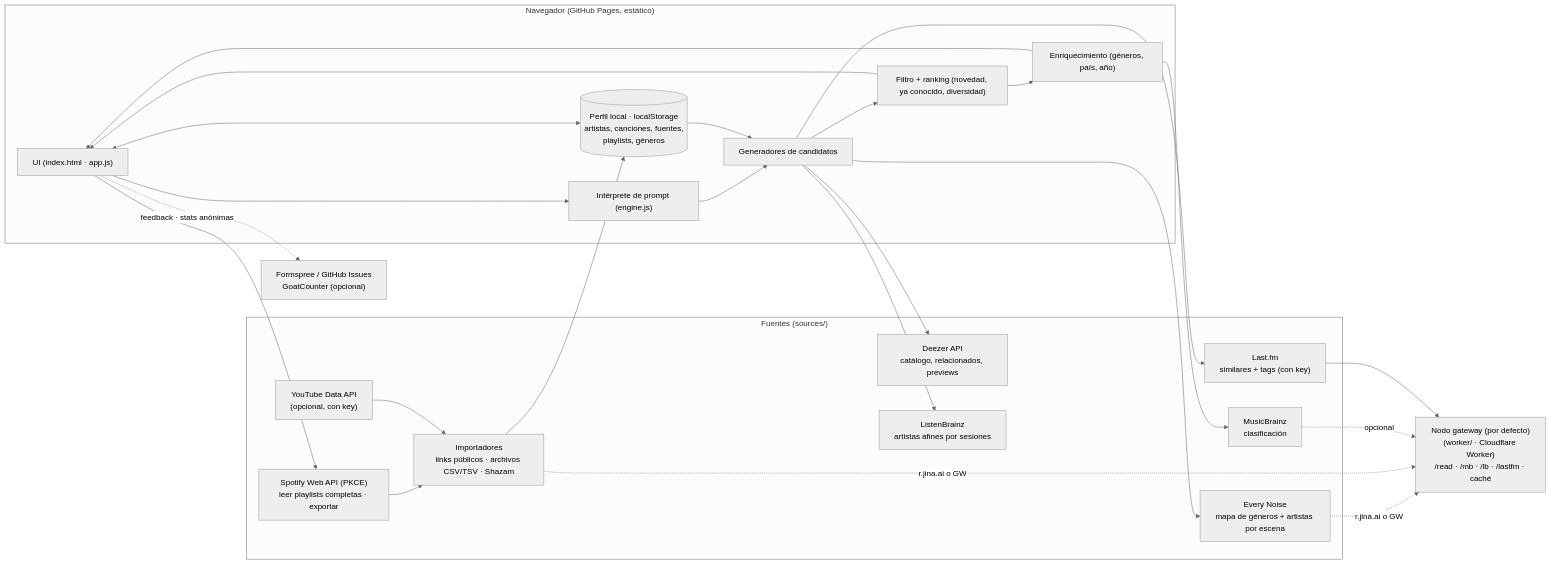
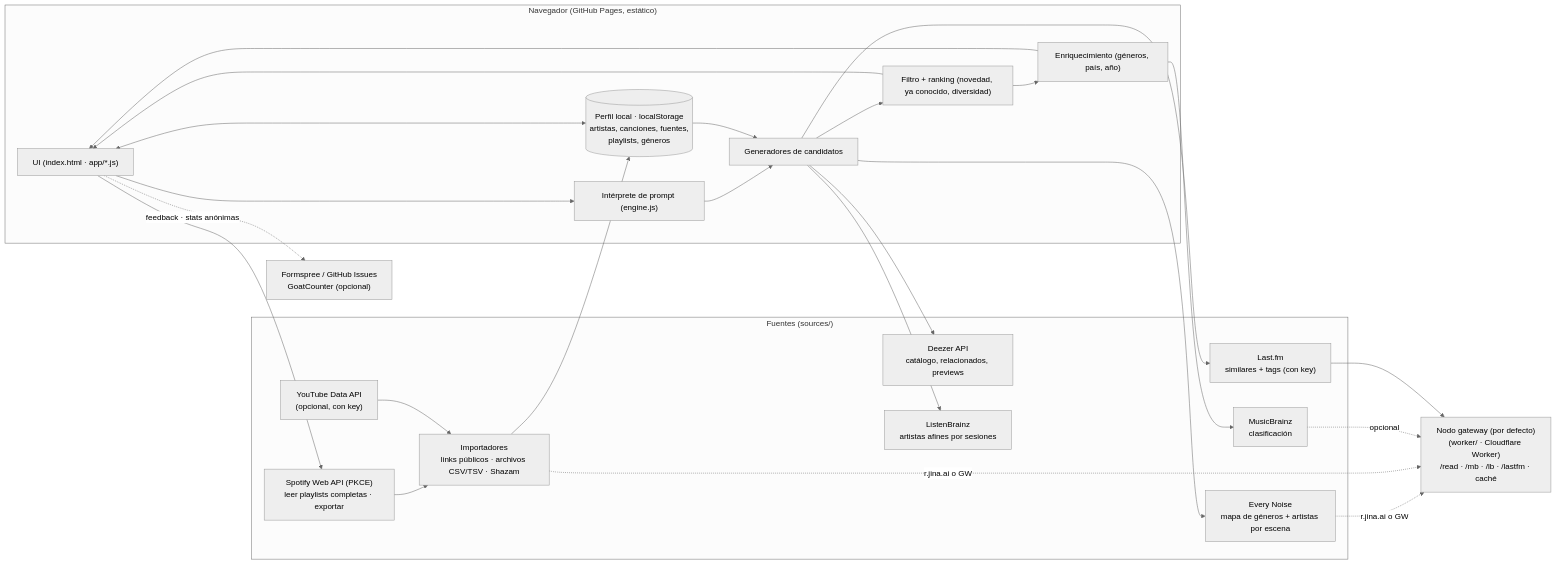
One commit to isaachanono/orbita-musica changed the diagram in ARCHITECTURE.md. Above: the diagram before and after it, drawn with Mermaid (neutral theme). The commit also changed other lines of this file and 11 other files, not shown here.

````diff
--- a/ARCHITECTURE.md
+++ b/ARCHITECTURE.md
@@ -3,37 +3,37 @@
 ```mermaid
 flowchart LR
   subgraph Browser["Navegador (GitHub Pages, estático)"]
-    UI["UI (index.html · app.js)"]
+    UI["UI (index.html · app/*.js)"]
     INT["Intérprete de prompt (engine.js)"]
     GEN["Generadores de candidatos"]
     RANK["Filtro + ranking (novedad, ya conocido, diversidad)"]
     ENR["Enriquecimiento (géneros, país, año)"]
     PROF[("Perfil local · localStorage\nartistas, canciones, fuentes,\nplaylists, géneros")]
   end
   subgraph Sources["Fuentes (sources/)"]
     DZ["Deezer API\ncatálogo, relacionados, previews"]
     EN["Every Noise\nmapa de géneros + artistas por escena"]
     MB["MusicBrainz\nclasificación"]
     LB["ListenBrainz\nartistas afines por sesiones"]
     LF["Last.fm\nsimilares + tags (con key)"]
     IMP["Importadores\nlinks públicos · archivos CSV/TSV · Shazam"]
     SP["Spotify Web API (PKCE)\nleer playlists completas · exportar"]
     YT["YouTube Data API\n(opcional, con key)"]
   end
   GW["Nodo gateway (por defecto)\n(worker/ · Cloudflare Worker)\n/read · /mb · /lb · /lastfm · caché"]
   UI --> INT --> GEN --> RANK --> UI
   RANK --> ENR --> UI
   PROF <--> UI
   PROF --> GEN
   GEN --> DZ & EN & LB & LF
   ENR --> MB
   IMP --> PROF
   UI --> SP
   SP --> IMP
   YT --> IMP
   UI -. "feedback · stats anónimas" .-> FB["Formspree / GitHub Issues\nGoatCounter (opcional)"]
   EN -. "r.jina.ai o GW" .-> GW
   IMP -. "r.jina.ai o GW" .-> GW
   MB -. "opcional" .-> GW
   LF --> GW
 ```
````
